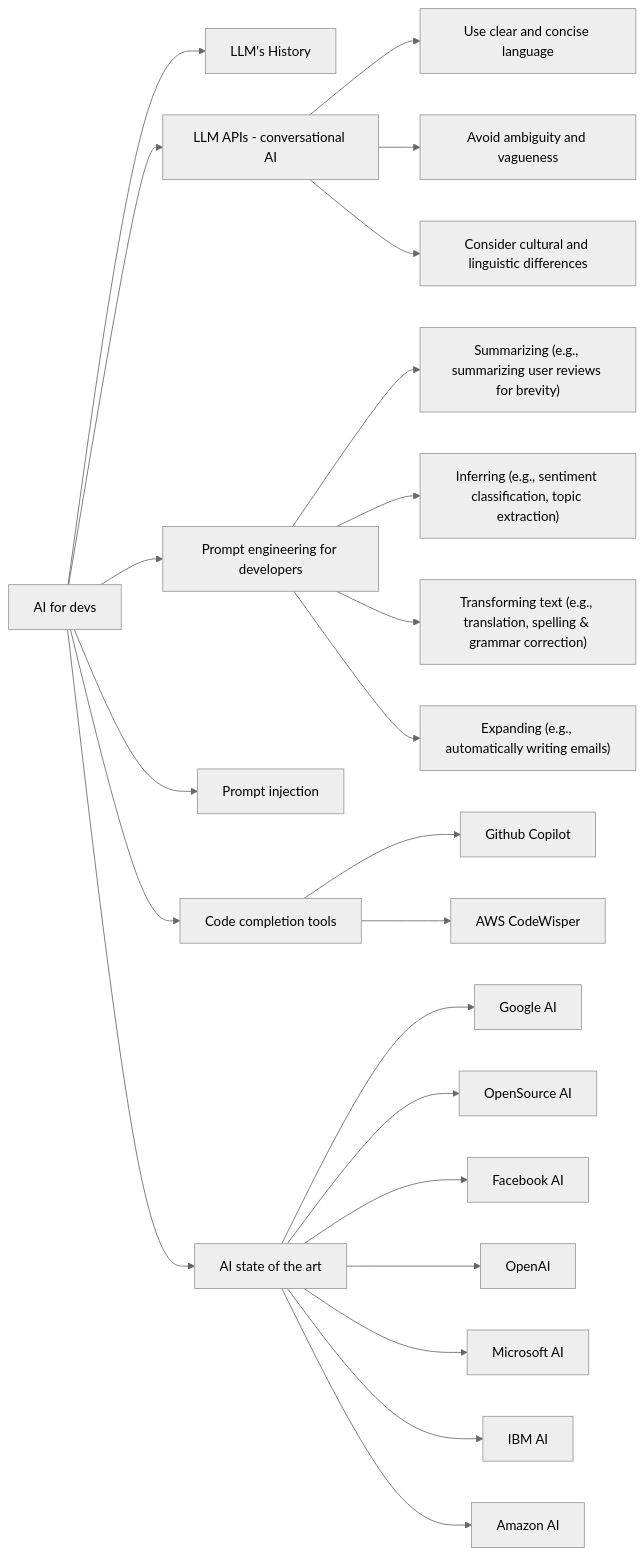
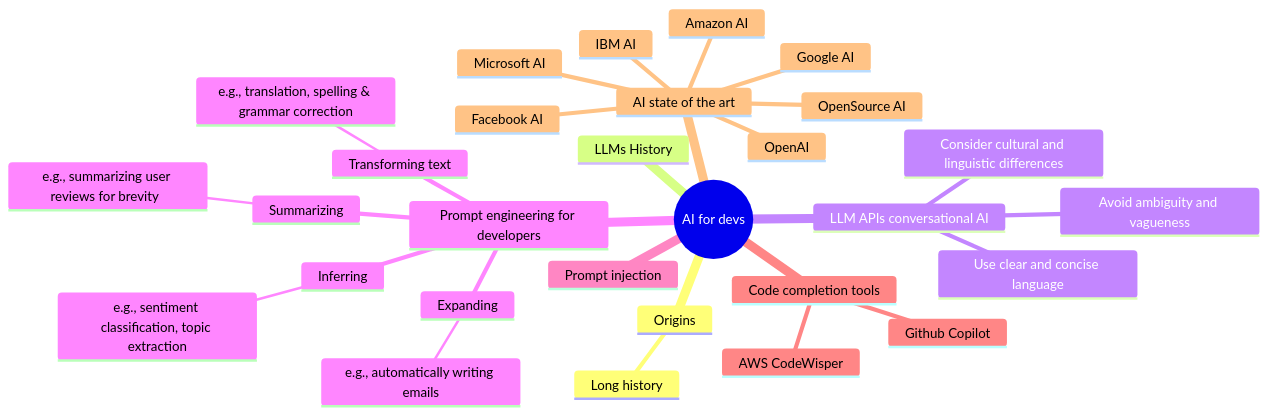
One commit to adben/prompt-engineering changed the diagram in README.md. Above: the diagram before and after it, drawn with Mermaid.

Commit message:
mindmap ipv plain diagram

````diff
--- a/README.md
+++ b/README.md
@@ -25,34 +25,39 @@
 ```mermaid
-%%{init: {'theme': 'neutral'}}%%
-graph LR
-    A["AI for devs"] --> X["LLM's History"]
-    A --> B["LLM APIs - conversational AI"]
-    B --> D["Use clear and concise language"]
-    B --> E["Avoid ambiguity and vagueness"]
-    B --> F["Consider cultural and linguistic differences"]
-    A --> G["Prompt engineering for developers"]
-    G --> H["Summarizing (e.g., summarizing user reviews for brevity)"]
-    G --> I["Inferring (e.g., sentiment classification, topic extraction)"]
-    G --> J["Transforming text (e.g., translation, spelling & grammar correction)"]
-    G --> K["Expanding (e.g., automatically writing emails)"]
-    A --> L["Prompt injection"]
-    A --> M["Code completion tools"]
-    M --> N["Github Copilot"]
-    M --> O["AWS CodeWisper"]
-    A --> P["AI state of the art"]
-    P --> Q["Google AI"]
-    P --> R["OpenSource AI"]
-    P --> S["Facebook AI"]
-    P --> T["OpenAI"]
-    P --> U["Microsoft AI"]
-    P --> V["IBM AI"]
-    P --> W["Amazon AI"]
-
-%%    style X fill: lightblue, stroke: #333, stroke-width: 2px
-%%    style B fill: lightyellow, stroke: #333, stroke-width: 2px
-%%    style G fill: magenta, stroke: #333, stroke-width: 2px
-%%    style L fill: lightgrey, stroke: #333, stroke-width: 2px
-%%    style M fill: lightgreen, stroke: #333, stroke-width: 2px
-%%    style N fill: lightgreen, stroke: #333, stroke-width: 2px
-%%    style P fill: lightcyan, stroke: #333, stroke-width: 2px
+mindmap
+  root((AI for devs))
+    Origins
+    ::icon(fa fa-book)
+        Long history
+    LLMs History
+    ::icon(fa fa-book-open)
+    LLM APIs conversational AI
+    ::icon(fa fa-book-reader)
+        Use clear and concise language
+        Avoid ambiguity and vagueness
+        Consider cultural and linguistic differences
+    Prompt engineering for developers
+    ::icon(fa fa-bookmark)
+        Summarizing 
+            e.g., summarizing user reviews for brevity  
+        Inferring 
+            e.g., sentiment classification, topic extraction
+        Transforming text   
+            e.g., translation, spelling & grammar correction
+        Expanding 
+            e.g., automatically writing emails
+    Prompt injection
+    ::icon(fa fa-bookmark-o)
+    Code completion tools
+    ::icon(fa fa-book-dead)
+        Github Copilot
+        AWS CodeWisper
+    AI state of the art
+    ::icon(fa fa-books)
+        Google AI
+        OpenSource AI
+        Facebook AI
+        OpenAI
+        Microsoft AI
+        IBM AI
+        Amazon AI
 ```
````
